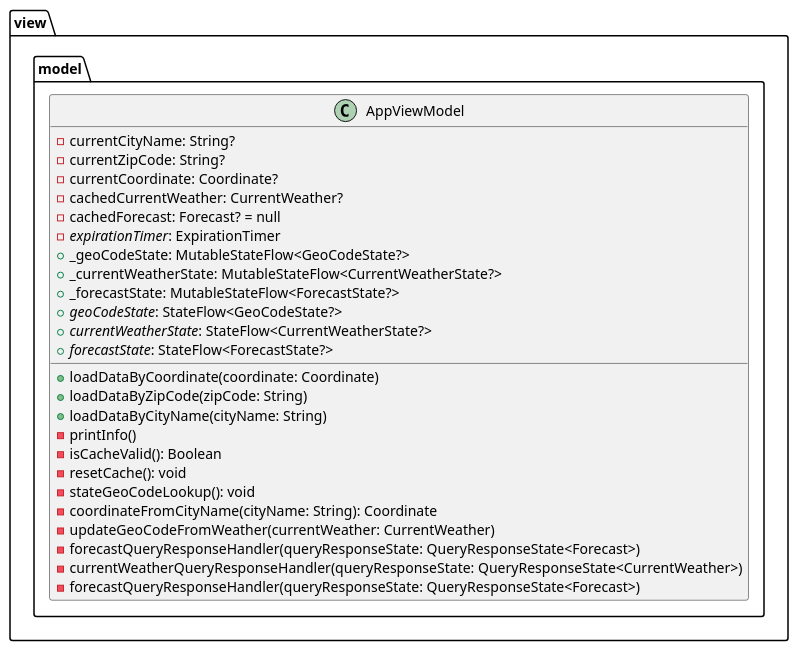
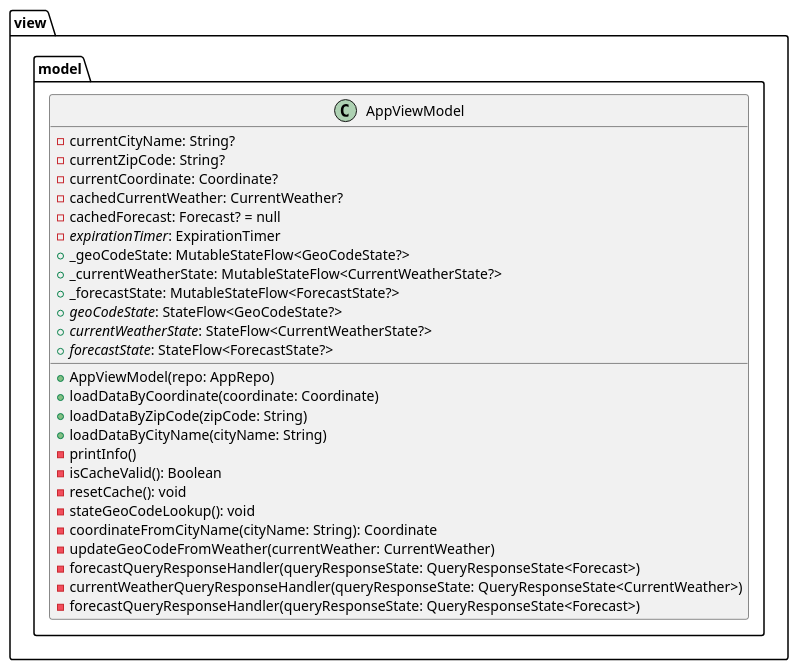
One commit to banjilawal/yahewa changed the first of 2 diagrams in app/src/main/java/com/lawal/banji/yahewa/view/model/pkg-info.md. Above: the diagram before and after it, drawn with PlantUML. The commit also changed other lines of this file and 1 other file, not shown here.

Commit message:
Added hyper-linked table of contents to Edited model.pkg-info.

````diff
--- a/app/src/main/java/com/lawal/banji/yahewa/view/model/pkg-info.md
+++ b/app/src/main/java/com/lawal/banji/yahewa/view/model/pkg-info.md
@@ -10,32 +26,33 @@
 ```plantuml
 @startuml
 package view.model {
     class AppViewModel {
         - currentCityName: String?
         - currentZipCode: String?
         - currentCoordinate: Coordinate?
         - cachedCurrentWeather: CurrentWeather?
         - cachedForecast: Forecast? = null
         - <i>expirationTimer</i>: ExpirationTimer
         + _geoCodeState: MutableStateFlow<GeoCodeState?>
         + _currentWeatherState: MutableStateFlow<CurrentWeatherState?>
         + _forecastState: MutableStateFlow<ForecastState?>
         + <i>geoCodeState</i>: StateFlow<GeoCodeState?>
         + <i>currentWeatherState</i>: StateFlow<CurrentWeatherState?>
         + <i>forecastState</i>: StateFlow<ForecastState?>
+        + AppViewModel(repo: AppRepo)
          + loadDataByCoordinate(coordinate: Coordinate)
          + loadDataByZipCode(zipCode: String)
          + loadDataByCityName(cityName: String)
          - printInfo()
           - isCacheValid(): Boolean 
          - resetCache(): void
          - stateGeoCodeLookup(): void
          - coordinateFromCityName(cityName: String): Coordinate
         - updateGeoCodeFromWeather(currentWeather: CurrentWeather) 
         - forecastQueryResponseHandler(queryResponseState: QueryResponseState<Forecast>)
         - currentWeatherQueryResponseHandler(queryResponseState: QueryResponseState<CurrentWeather>)
         - forecastQueryResponseHandler(queryResponseState: QueryResponseState<Forecast>) 
     }
 }
 @enduml
 ```
````
